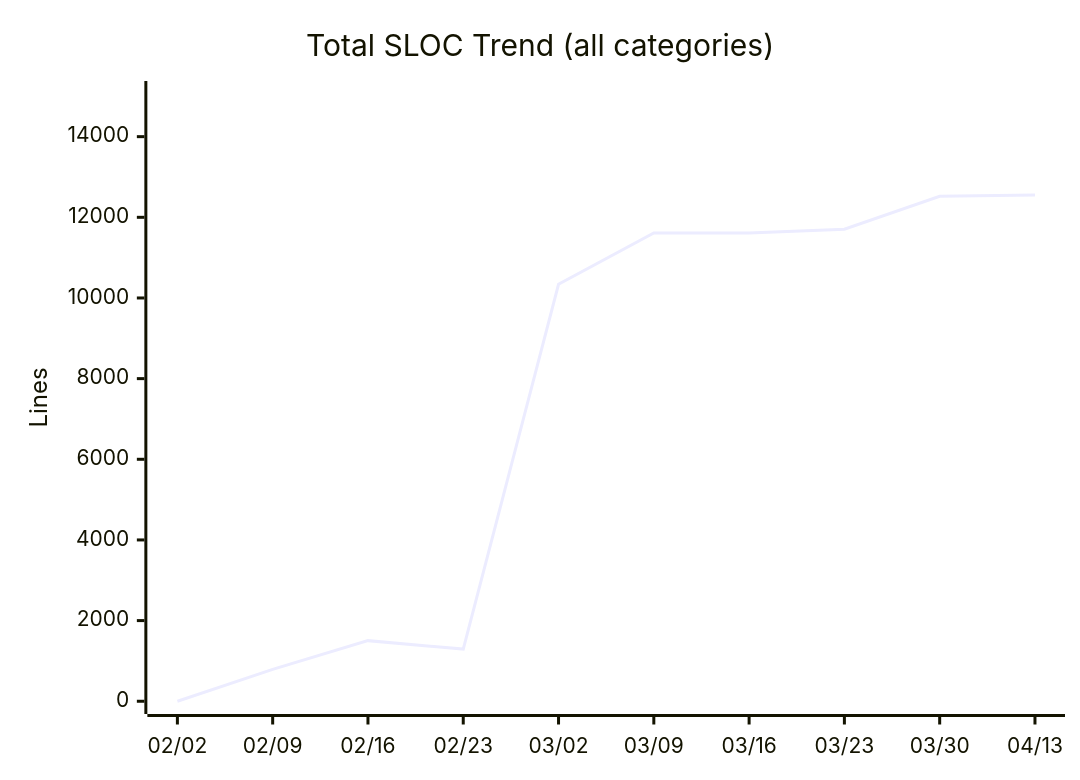
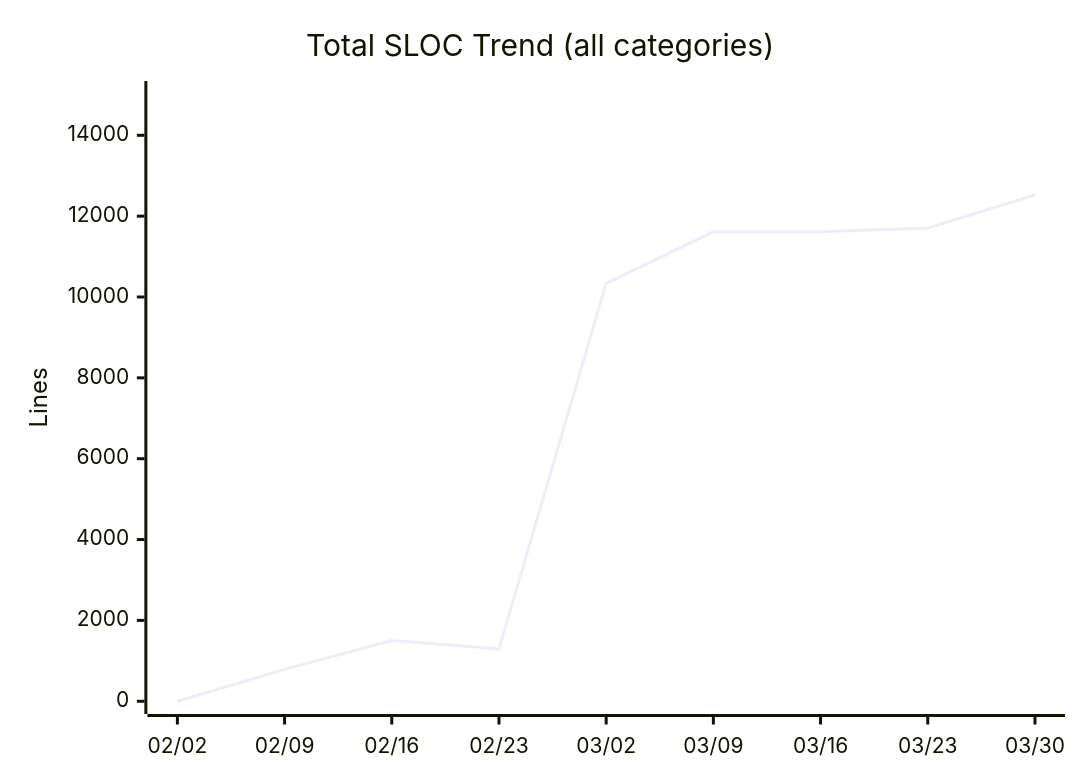
The eighth of 14 diagrams in docs/metrics.md (nablarch/nabledge-dev), drawn with Mermaid before and after one commit. The commit also changed other lines of this file and 1 other file, not shown here.

````diff
--- a/docs/metrics.md
+++ b/docs/metrics.md
@@ -121,7 +121,7 @@
 ```mermaid
 xychart-beta
   title "Total SLOC Trend (all categories)"
-  x-axis ["02/02", "02/09", "02/16", "02/23", "03/02", "03/09", "03/16", "03/23", "03/30", "04/13"]
-  y-axis "Lines" 0 --> 15064
-  line [0, 789, 1503, 1293, 10339, 11613, 11613, 11704, 12523, 12553]
+  x-axis ["02/02", "02/09", "02/16", "02/23", "03/02", "03/09", "03/16", "03/23", "03/30"]
+  y-axis "Lines" 0 --> 15028
+  line [0, 789, 1503, 1293, 10339, 11613, 11613, 11704, 12523]
 ```
````
